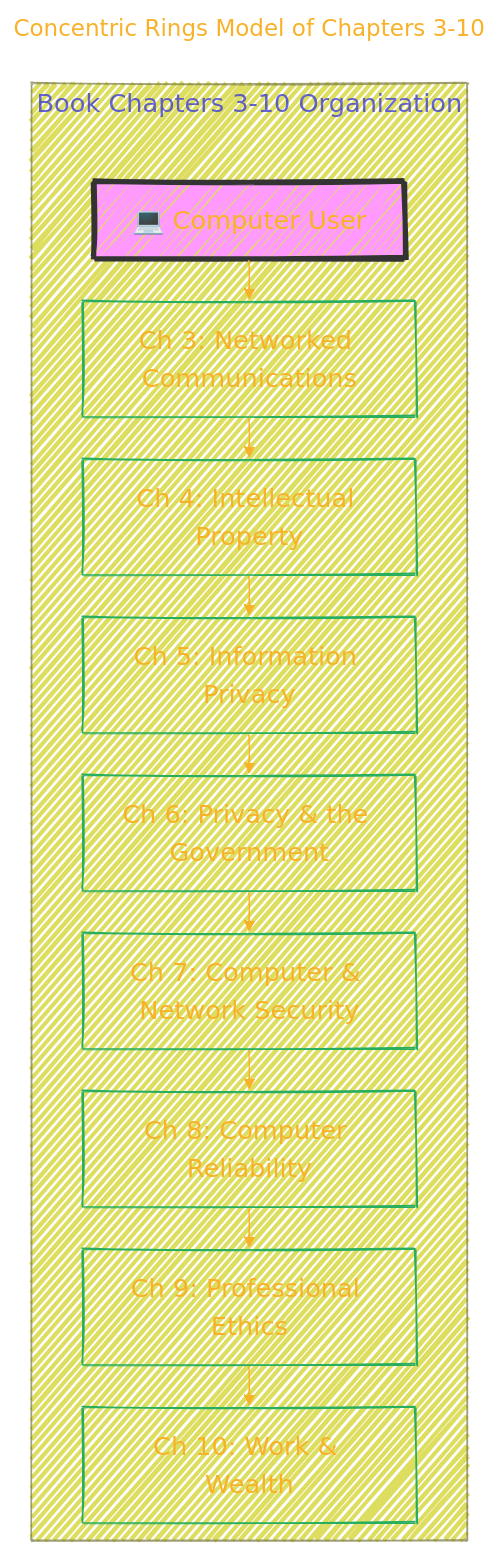
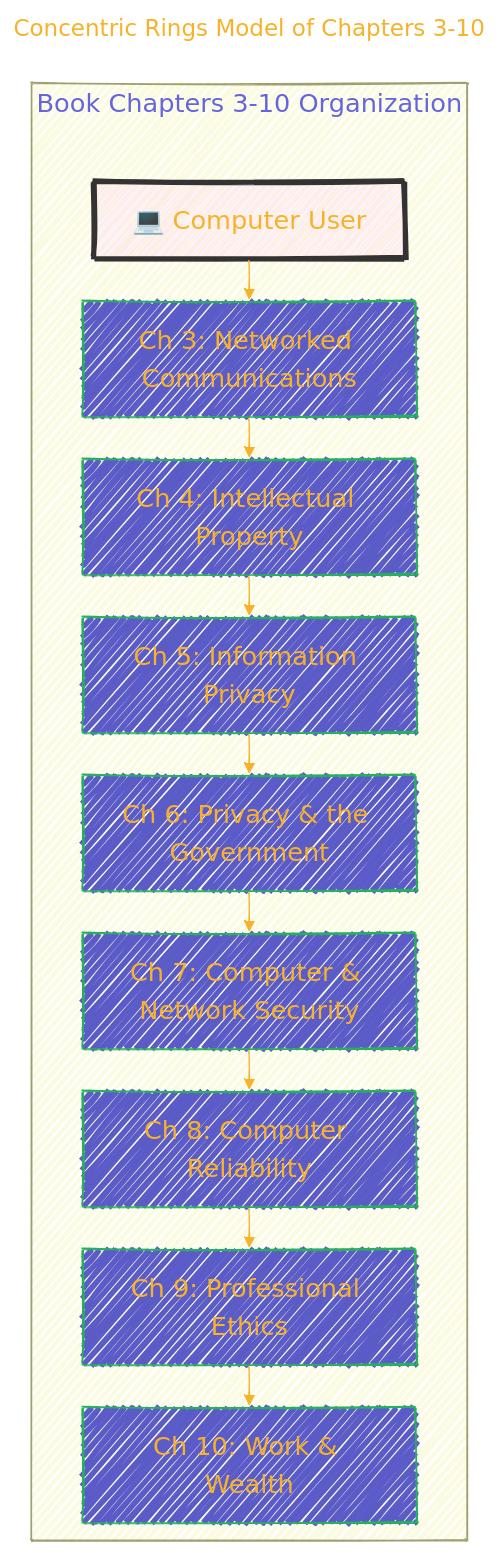
Before and after one commit to CongLeSolutionX/LegalLens: the second of 13 diagrams in BOOK_Ethics_for_ the_Information_Age_8th_E_by_Michael_J_Quinn/BOOK_Ethics_for_ the_Information_Age_8th_E_by_Michael_J_Quinn.md, drawn with Mermaid.

Commit message:
Update BOOK_Ethics_for_ the_Information_Age_8th_E_by_Michael_J_Quinn.md

````diff
--- a/BOOK_Ethics_for_ the_Information_Age_8th_E_by_Michael_J_Quinn/BOOK_Ethics_for_ the_Information_Age_8th_E_by_Michael_J_Quinn.md
+++ b/BOOK_Ethics_for_ the_Information_Age_8th_E_by_Michael_J_Quinn/BOOK_Ethics_for_ the_Information_Age_8th_E_by_Michael_J_Quinn.md
@@ -236,72 +236,73 @@
 ```mermaid
 ---
 title: "Concentric Rings Model of Chapters 3-10"
 author: "Cong Le"
 version: "1.0"
 license(s): "MIT, CC BY-SA 4.0"
 copyright: "Copyright (c) 2025 Cong Le. All Rights Reserved."
 config:
   layout: elk
   theme: base
   look: handDrawn
 ---
 %%%%%%%% Mermaid version v11.4.1-b.14
 %%%%%%%% Available curve styles include the following keywords:
 %% basis, bumpX, bumpY, cardinal, catmullRom, linear, monotoneX, monotoneY, natural, step, stepAfter, stepBefore.
 %%{
   init: {
     'flowchart': { 'htmlLabels': true, 'curve': 'basis' },
     'fontFamily': 'American Typewriter, monospace',
     'logLevel': 'fatal',
     'themeVariables': {
       'primaryColor': '#22BB',
       'primaryTextColor': '#F8B229',
       'lineColor': '#F8B229',
       'primaryBorderColor': '#27AE60',
       'secondaryColor': '#E2F1',
       'secondaryTextColor': '#6C3483',
       'secondaryBorderColor': '#A569BD',
       'fontSize': '20px'
     }
   }
 }%%
 flowchart TD
     subgraph ConcentricRings["Book Chapters 3-10 Organization"]
+	style ConcentricRings fill:#DD22
         User["💻 Computer User"]
         Ch3["Ch 3: Networked Communications"]
         Ch4["Ch 4: Intellectual Property"]
         Ch5["Ch 5: Information Privacy"]
         Ch6["Ch 6: Privacy & the Government"]
         Ch7["Ch 7: Computer & Network Security"]
         Ch8["Ch 8: Computer Reliability"]
         Ch9["Ch 9: Professional Ethics"]
         Ch10["Ch 10: Work & Wealth"]
 
         User --> Ch3
         Ch3 --> Ch4
         Ch4 --> Ch5
         Ch5 --> Ch6
         Ch6 --> Ch7
         Ch7 --> Ch8
         Ch8 --> Ch9
         Ch9 --> Ch10
     end
-    style User fill:#f9f,stroke:#333,stroke-width:4px
-    style Ch3 fill:#lightgrey
-    style Ch4 fill:#lightgrey
-    style Ch5 fill:#lightgrey
-    style Ch6 fill:#lightgrey
-    style Ch7 fill:#lightgrey
-    style Ch8 fill:#lightgrey
-    style Ch9 fill:#lightgrey
-    style Ch10 fill:#lightgrey
+    style User fill:#f9f2,stroke:#333,stroke-width:4px
+    style Ch3 fill:#22BB
+    style Ch4 fill:#22BB
+    style Ch5 fill:#22BB
+    style Ch6 fill:#22BB
+    style Ch7 fill:#22BB
+    style Ch8 fill:#22BB
+    style Ch9 fill:#22BB
+    style Ch10 fill:#22BB
 
     %% note right of Ch3
     %%    Innermost ring, focusing on
     %%    direct user communications.
     %% endnote
     %% note right of Ch10
     %%    Outer ring, focusing on
     %%    broader societal impacts.
     %% endnote
 ```
````
